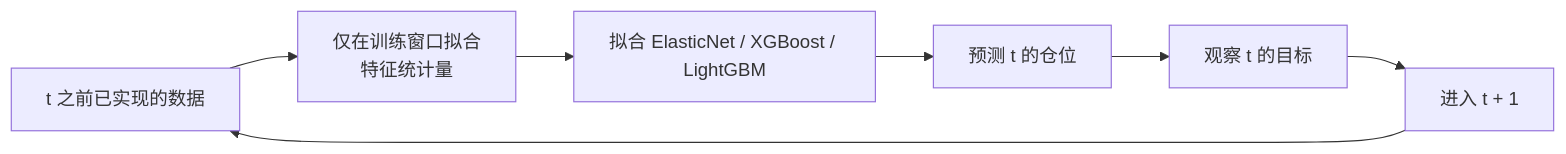
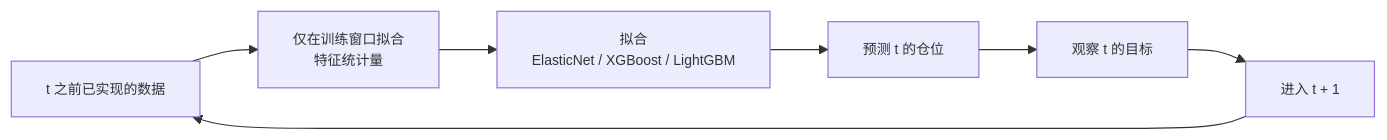
One commit to QuasarHeart/Hull_Tactical_solution changed the third of 3 diagrams in README.md. Above: the diagram before and after it, drawn with Mermaid. The commit also changed other lines of this file, not shown here.

Commit message:
docs: add competition background and fix mermaid rendering

````diff
--- a/README.md
+++ b/README.md
@@ -146,9 +167,10 @@
 ```mermaid
+%%{init: {"themeVariables": {"fontSize": "12px"}, "flowchart": {"wrappingWidth": 300}}}%%
 flowchart LR
     A["t 之前已实现的数据"] --> B["仅在训练窗口拟合<br/>特征统计量"]
-    B --> C["拟合 ElasticNet / XGBoost / LightGBM"]
+    B --> C["拟合<br/>ElasticNet / XGBoost / LightGBM"]
     C --> D["预测 t 的仓位"]
     D --> E["观察 t 的目标"]
     E --> F["进入 t + 1"]
     F --> A
 ```
````
